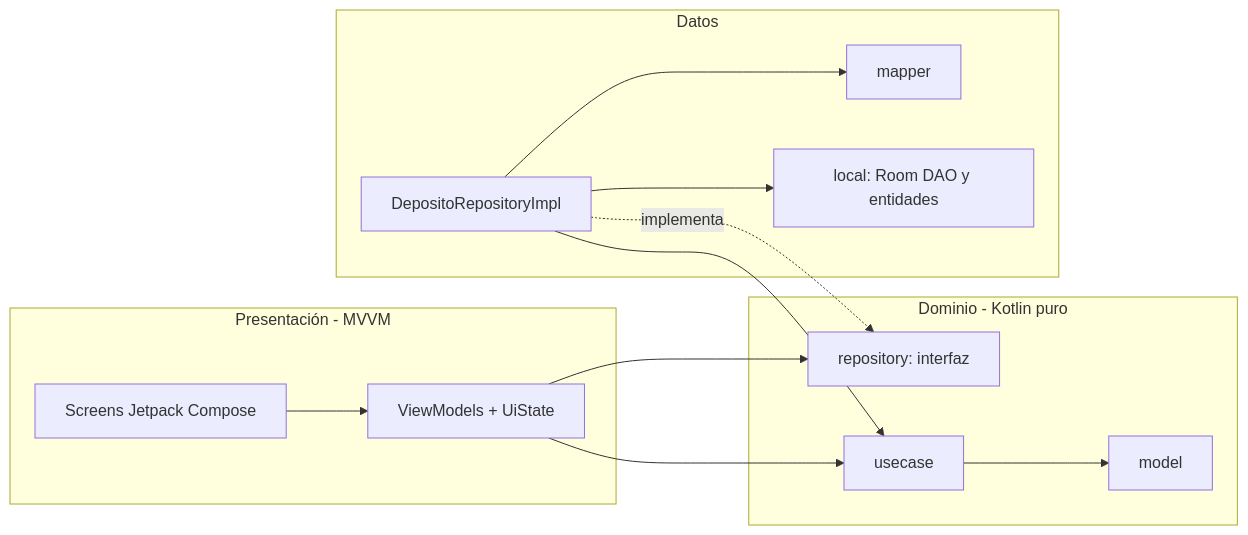
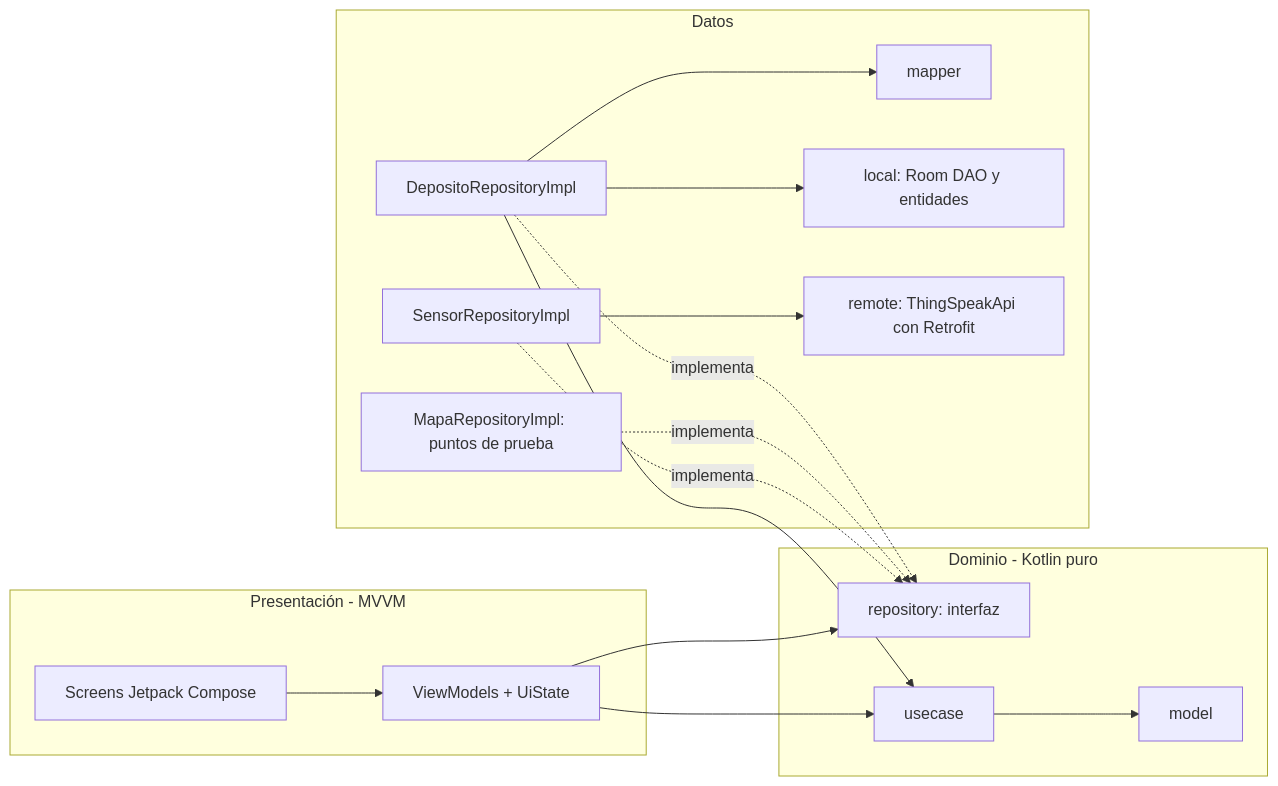
Before and after one commit to Cristhian465/Aguarda: diagram 18 of 21 in informes/FD04-SAD.md, drawn with Mermaid. The commit also changed other lines of this file and 5 other files, not shown here.

````diff
--- a/informes/FD04-SAD.md
+++ b/informes/FD04-SAD.md
@@ -598,26 +724,32 @@
 ```mermaid
 flowchart LR
     subgraph P[Presentación - MVVM]
       UI[Screens Jetpack Compose]
       VM[ViewModels + UiState]
     end
     subgraph DOM[Dominio - Kotlin puro]
       MOD[model]
       REPI[repository: interfaz]
       UC[usecase]
     end
     subgraph D[Datos]
       IMPL[DepositoRepositoryImpl]
       MAP[mapper]
       ROOM[local: Room DAO y entidades]
+      MIMPL[MapaRepositoryImpl: puntos de prueba]
+      SIMPL[SensorRepositoryImpl]
+      API[remote: ThingSpeakApi con Retrofit]
     end
 
     UI --> VM
     VM --> UC
     VM --> REPI
     IMPL -. implementa .-> REPI
+    MIMPL -. implementa .-> REPI
+    SIMPL -. implementa .-> REPI
     IMPL --> UC
     IMPL --> MAP
     IMPL --> ROOM
+    SIMPL --> API
     UC --> MOD
 ```
````
